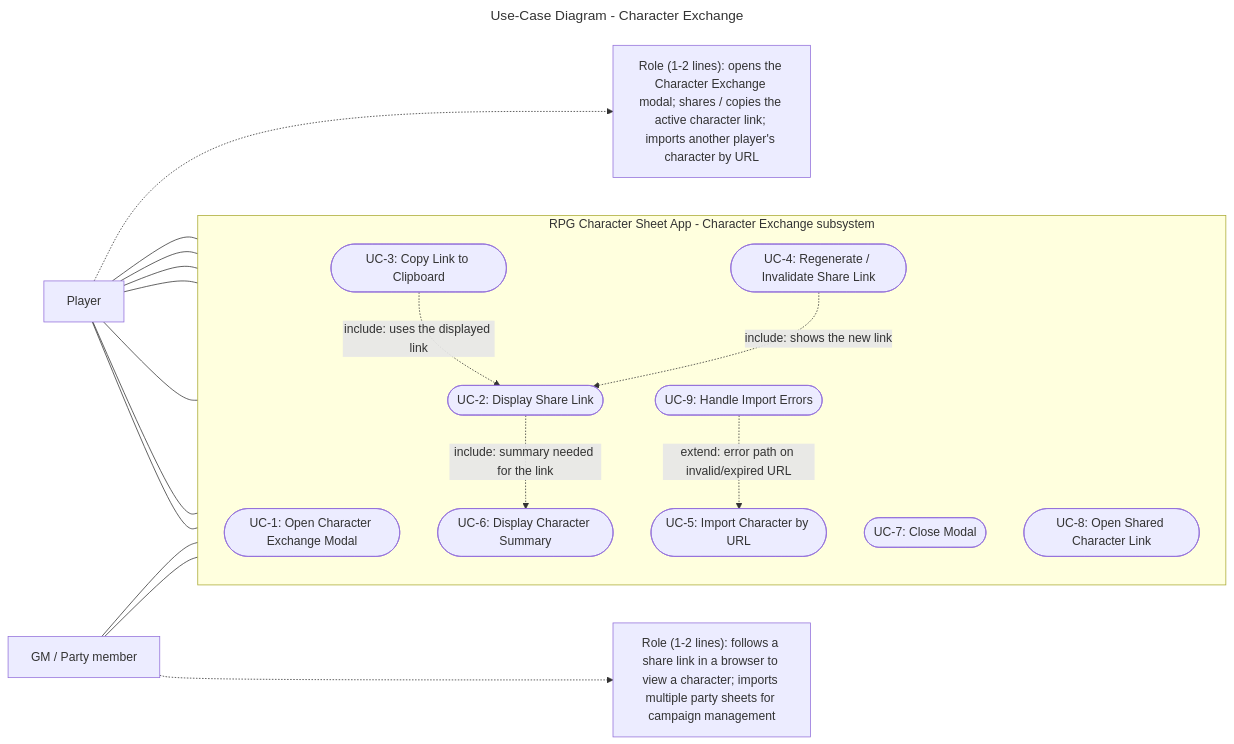
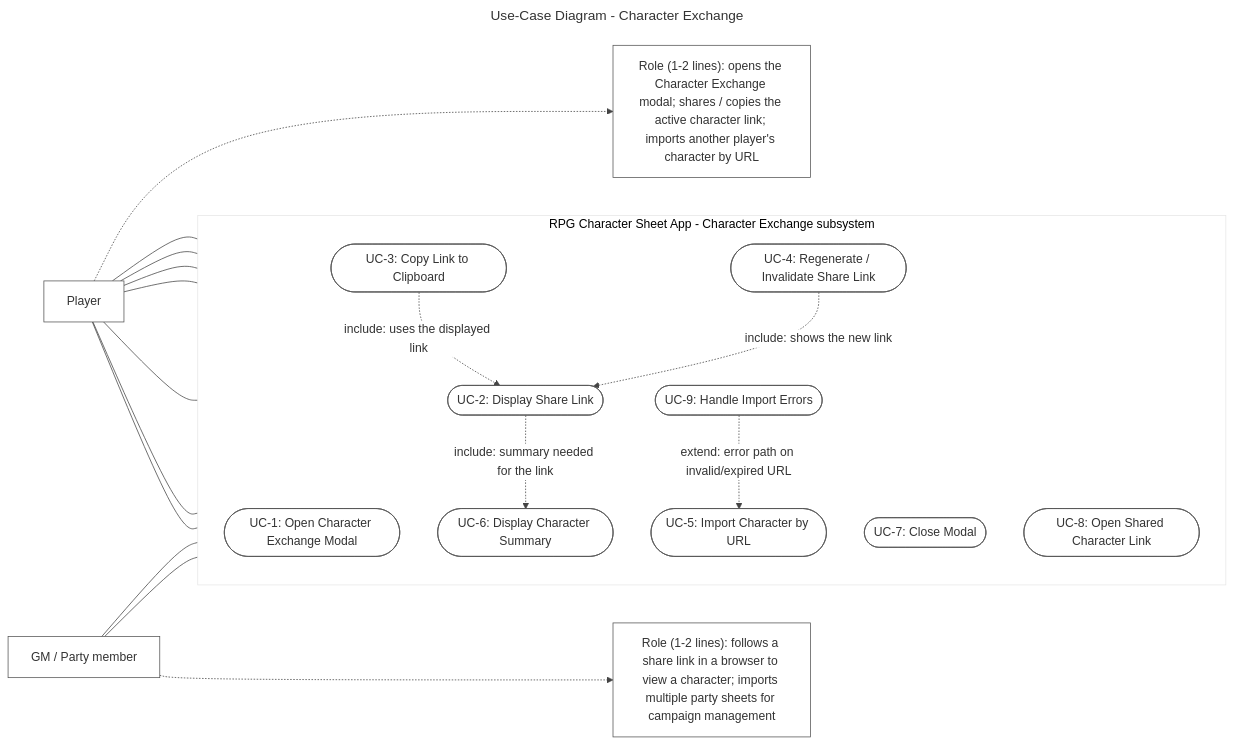
One commit to Margit-The-Fell-Omen/SDLC changed the diagram in uml/use-case-diagram.mmd. Above: the diagram before and after it, drawn with Mermaid. The commit also changed 4 other files, not shown here.

Commit message:
UML background color fix

```diff
--- a/uml/use-case-diagram.mmd
+++ b/uml/use-case-diagram.mmd
@@ -1,54 +1,56 @@
 ---
 title: "Use-Case Diagram - Character Exchange"
 ---
 %%=================================================================
 %% Use-Case Diagram - Character Exchange
 %% RPG Character Sheet Application (target v1.2)
 %% Rendered as a Mermaid flowchart (Mermaid has no native use-case
 %% diagram; actors + use cases + include/extend are shown as nodes).
 %%=================================================================
+%% Force white background so the diagram is readable in GitHub dark/light theme.
+%%{init: {"theme": "base", "themeVariables": { "background": "#ffffff", "mainBkg": "#ffffff", "primaryColor": "#ffffff", "noteBkgColor": "#ffffff", "nodeBorder": "#555555", "lineColor": "#444444" } } }%%
 flowchart LR
 
   %% ---- Actors (each with a 1-2 line role description in a note) ----
   P["Player"]
   P_note["Role (1-2 lines): opens the Character Exchange modal; shares / copies the active character link; imports another player's character by URL"]
 
   G["GM / Party member"]
   G_note["Role (1-2 lines): follows a share link in a browser to view a character; imports multiple party sheets for campaign management"]
 
   P -.-> P_note
   G -.-> G_note
 
   %% ---- System boundary ----
   subgraph SY["RPG Character Sheet App - Character Exchange subsystem"]
     direction TB
     UC1(["UC-1: Open Character Exchange Modal"])
     UC2(["UC-2: Display Share Link"])
     UC3(["UC-3: Copy Link to Clipboard"])
     UC4(["UC-4: Regenerate / Invalidate Share Link"])
     UC5(["UC-5: Import Character by URL"])
     UC6(["UC-6: Display Character Summary"])
     UC7(["UC-7: Close Modal"])
     UC8(["UC-8: Open Shared Character Link"])
     UC9(["UC-9: Handle Import Errors"])
   end
 
   %% ---- Actor <-> use case associations ----
   P --- UC1
   P --- UC2
   P --- UC3
   P --- UC4
   P --- UC5
   P --- UC6
   P --- UC7
 
   G --- UC8
   G --- UC5
 
   %% ---- include relationships (diamond, dashed) ----
   UC2 -. include: summary needed for the link .-> UC6
   UC3 -. include: uses the displayed link .-> UC2
   UC4 -. include: shows the new link .-> UC2
 
   %% ---- extend relationship ----
   UC9 -. extend: error path on invalid/expired URL .-> UC5
```
